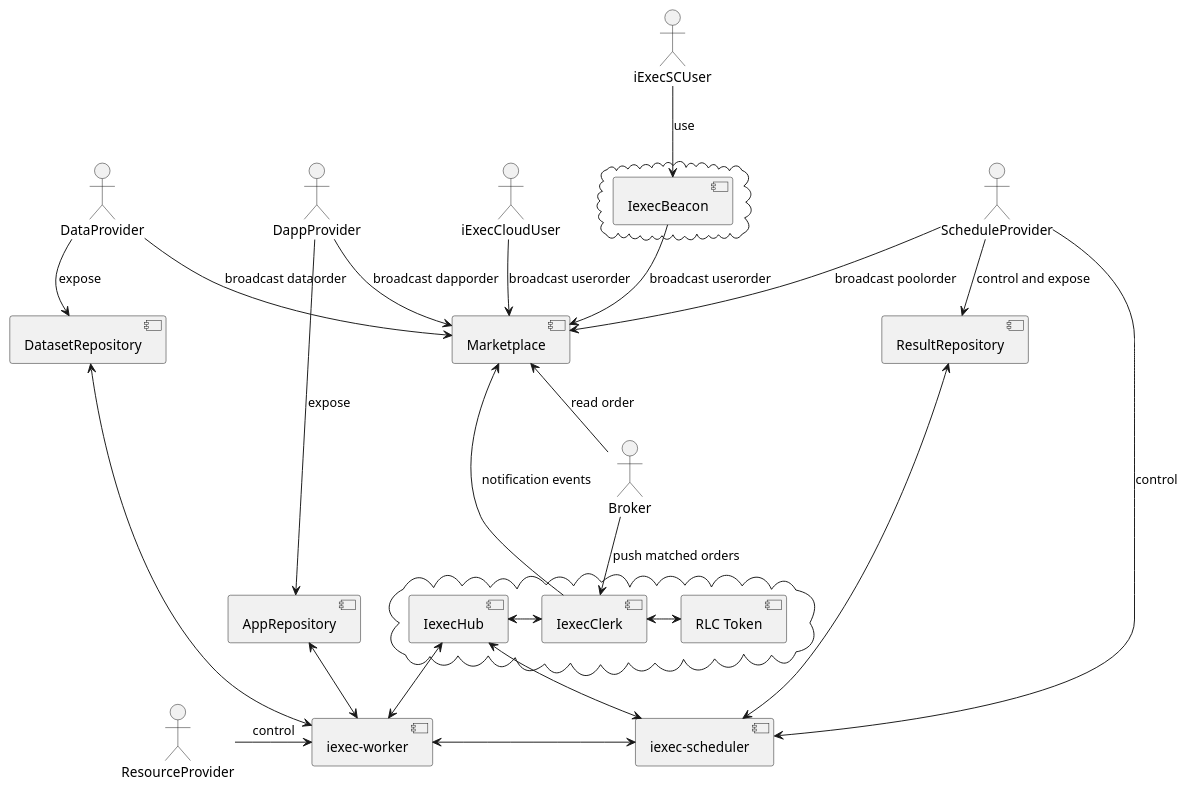
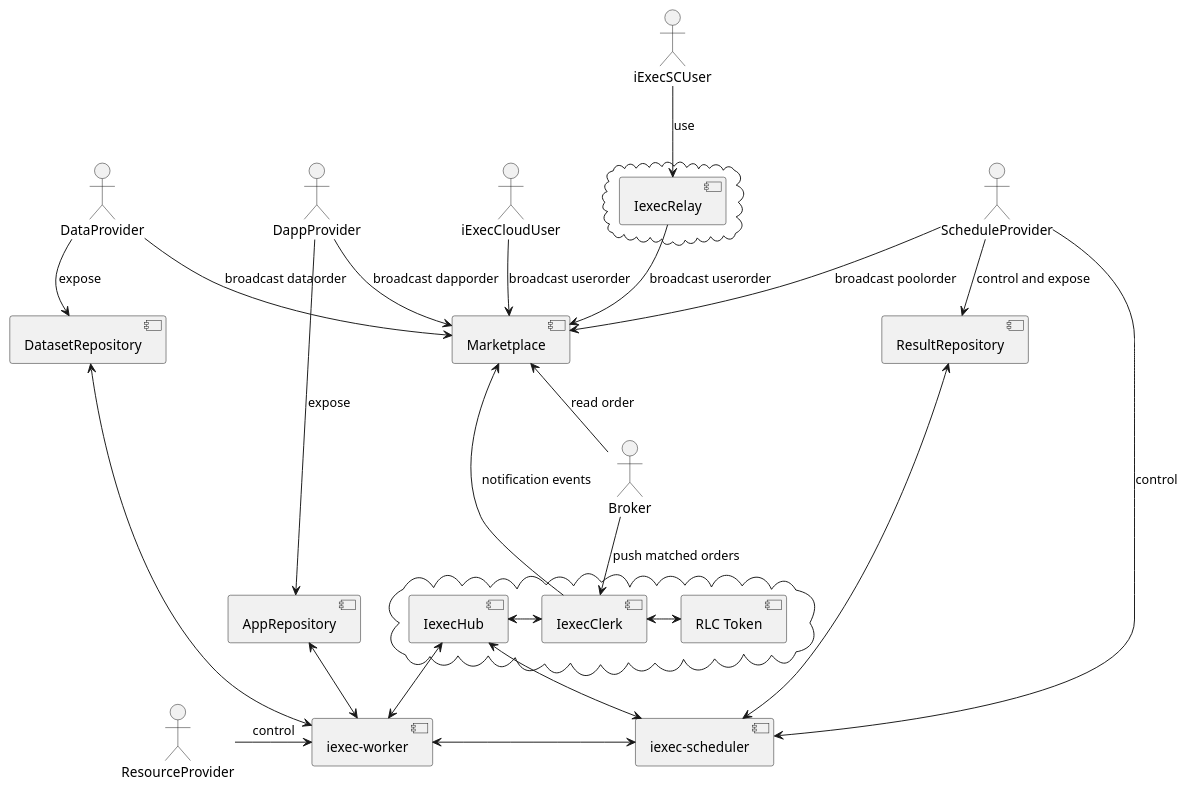
One commit to iExecBlockchainComputing/PoCo changed the diagram in uml/architecture-ODB.puml. Above: the diagram before and after it, drawn with PlantUML. The commit also changed 2 other files, not shown here.

Commit message:
uml update

```diff
--- a/uml/architecture-ODB.puml
+++ b/uml/architecture-ODB.puml
@@ -1,64 +1,64 @@
 @startuml
 :iExecCloudUser:
 :iExecSCUser:
 :DappProvider:
 :DataProvider:
 :ScheduleProvider:
 :ResourceProvider:
 :Broker:
 
 cloud {
-  [IexecBeacon]
+  [IexecRelay]
 }
-component [IexecBeacon]
-iExecSCUser -down-> [IexecBeacon]: use
+component [IexecRelay]
+iExecSCUser -down-> [IexecRelay]: use
 
 component [Marketplace]
-[IexecBeacon] -down-> [Marketplace]: broadcast userorder
+[IexecRelay] -down-> [Marketplace]: broadcast userorder
 iExecCloudUser -down-> [Marketplace]: broadcast userorder
 DappProvider -down-> [Marketplace]: broadcast dapporder
 DataProvider -down-> [Marketplace]: broadcast dataorder
 ScheduleProvider -down-> [Marketplace]: broadcast poolorder
 Broker -up-> [Marketplace]: read order
 
 cloud {
   [IexecClerk]
   [IexecHub]
   [RLC Token]
 }
 component [IexecClerk]
 component [IexecHub]
 component [RLC Token]
 [IexecHub] <-right-> [IexecClerk]
 [IexecClerk] <-right-> [RLC Token]
 
 Broker -down-> [IexecClerk]: push matched orders
 [IexecClerk] -up-> [Marketplace]: notification events
 
 [iexec-scheduler] <-up-> [IexecHub]
 [iexec-worker] <-up-> [IexecHub]
 
 
 
 
 
 component [AppRepository]
 component [DatasetRepository]
 component [iexec-scheduler]
 component [iexec-worker]
 component [ResultRepository]
 
 DappProvider -down-> AppRepository: expose
 DataProvider -down-> DatasetRepository: expose
 ScheduleProvider -down-> [iexec-scheduler]: control
 ScheduleProvider -down-> [ResultRepository]: control and expose
 ResultRepository <-right-> [iexec-scheduler]
 
 
 
 [ResourceProvider] -right-> [iexec-worker]: control
 
 [iexec-worker] <-right-> [iexec-scheduler]
 [iexec-worker] <-up-> [AppRepository]
 [iexec-worker] <-up-> [DatasetRepository]
 @enduml
```
